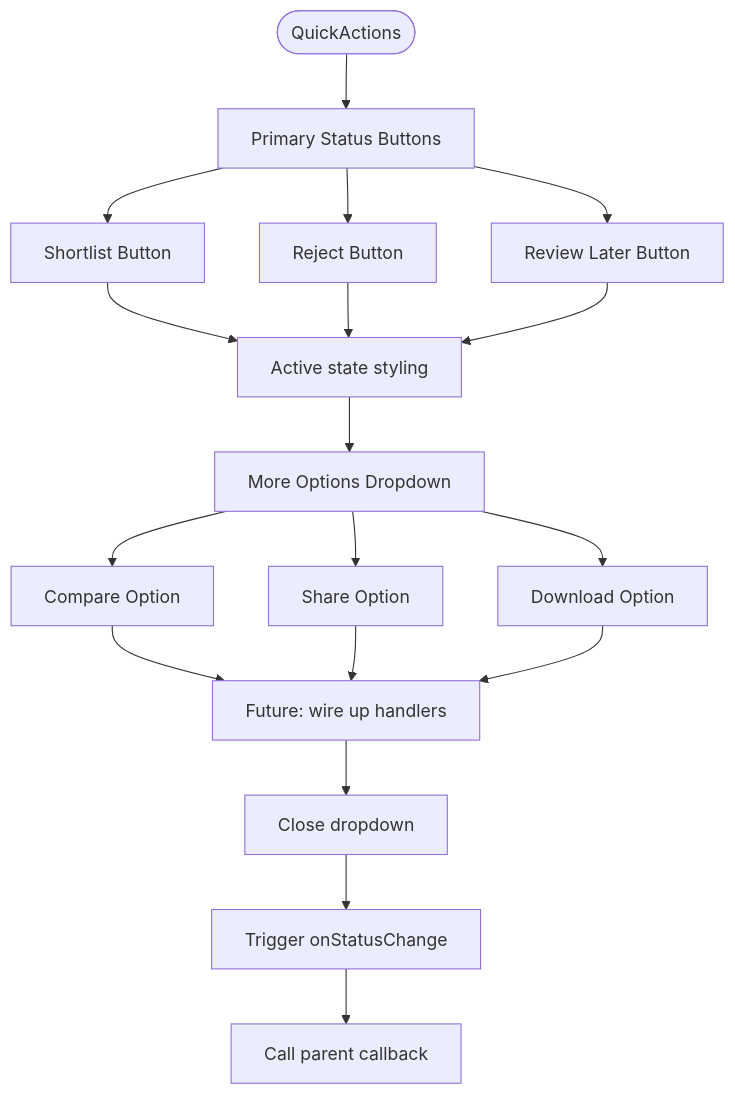
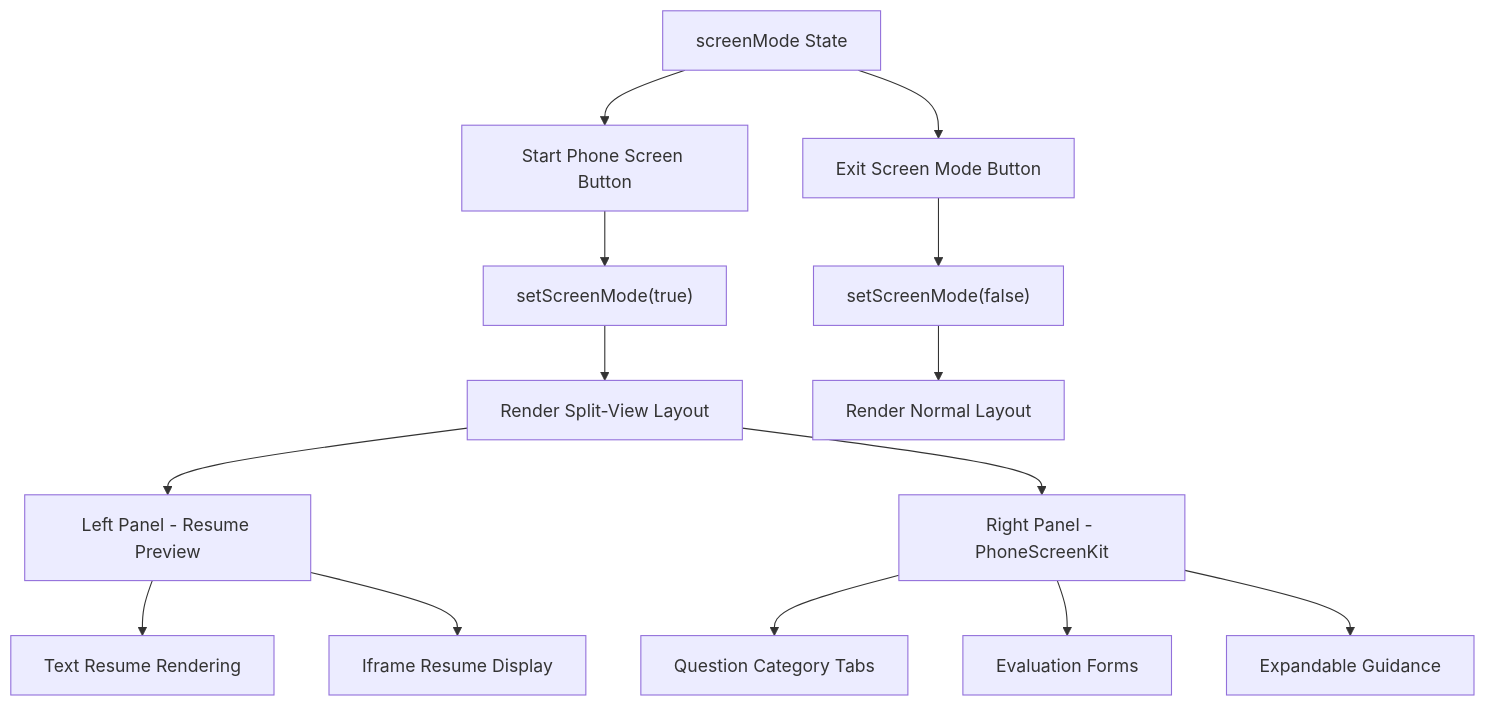
One commit to Revanththetalogics/aireume changed the ninth of 29 diagrams in .qoder/repowiki/en/content/Frontend Architecture/Frontend Architecture.md. Above: the diagram before and after it, drawn with Mermaid. The commit also changed other lines of this file and 7 other files, not shown here.

Commit message:
refactor: remove redundant screen kit from report, auto-hide empty scorecard

````diff
--- a/.qoder/repowiki/en/content/Frontend Architecture/Frontend Architecture.md
+++ b/.qoder/repowiki/en/content/Frontend Architecture/Frontend Architecture.md
@@ -933,20 +787,16 @@
 ```mermaid
 flowchart TD
-Start(["QuickActions"]) --> PrimaryActions["Primary Status Buttons"]
-PrimaryActions --> Shortlist["Shortlist Button"]
-PrimaryActions --> Reject["Reject Button"]
-PrimaryActions --> Review["Review Later Button"]
-Shortlist --> ActiveState["Active state styling"]
-Reject --> ActiveState
-Review --> ActiveState
-ActiveState --> Dropdown["More Options Dropdown"]
-Dropdown --> Compare["Compare Option"]
-Dropdown --> Share["Share Option"]
-Dropdown --> Download["Download Option"]
-Compare --> ClickHandler["Future: wire up handlers"]
-Share --> ClickHandler
-Download --> ClickHandler
-ClickHandler --> CloseDropdown["Close dropdown"]
-CloseDropdown --> UpdateStatus["Trigger onStatusChange"]
-UpdateStatus --> Callback["Call parent callback"]
+ScreenMode["screenMode State"] --> StartBtn["Start Phone Screen Button"]
+ScreenMode --> ExitBtn["Exit Screen Mode Button"]
+StartBtn --> SetTrue["setScreenMode(true)"]
+ExitBtn --> SetFalse["setScreenMode(false)"]
+SetTrue --> RenderSplit["Render Split-View Layout"]
+SetFalse --> RenderNormal["Render Normal Layout"]
+RenderSplit --> LeftPanel["Left Panel - Resume Preview"]
+RenderSplit --> RightPanel["Right Panel - PhoneScreenKit"]
+LeftPanel --> TextResume["Text Resume Rendering"]
+LeftPanel --> IframeResume["Iframe Resume Display"]
+RightPanel --> QuestionTabs["Question Category Tabs"]
+RightPanel --> EvaluationForms["Evaluation Forms"]
+RightPanel --> Guidance["Expandable Guidance"]
 ```
````
